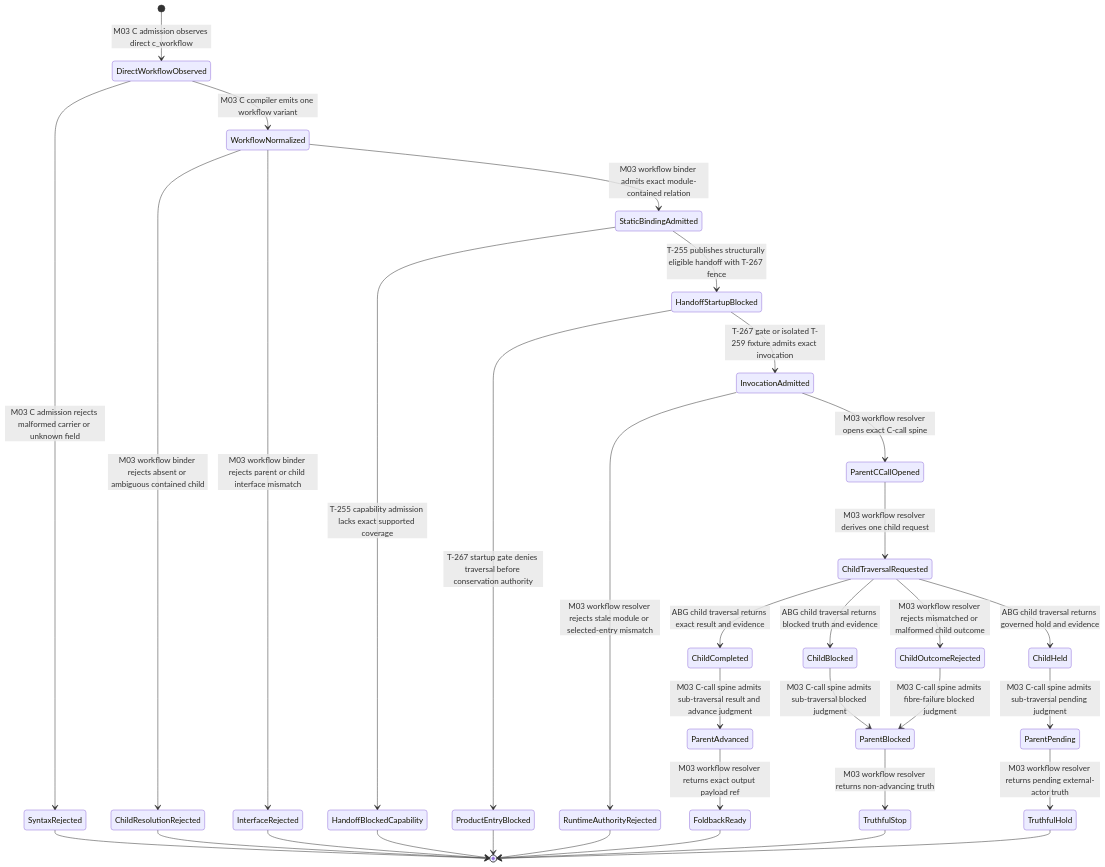
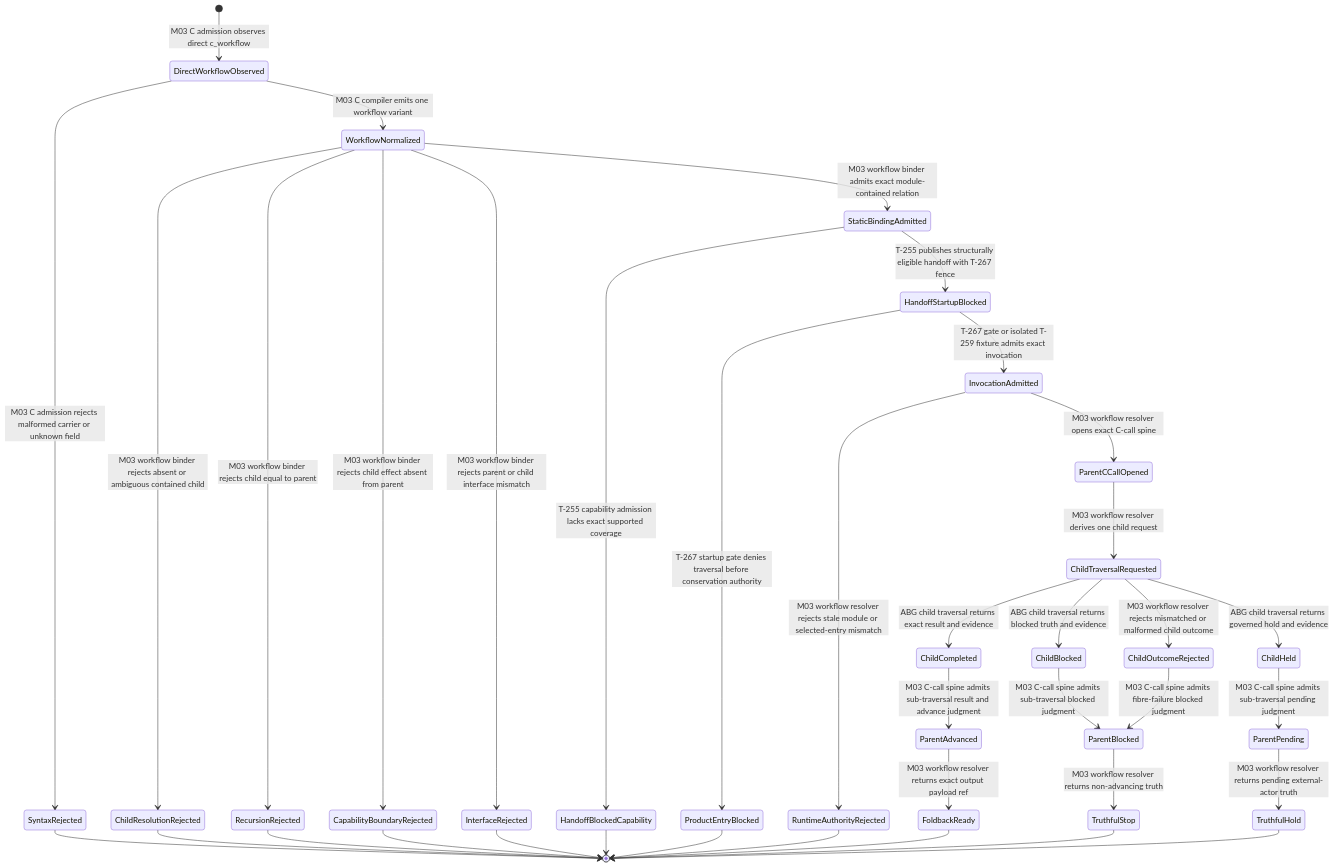
One commit to foolishimp/abiogenesis changed the third of 3 diagrams in build_tenants/abiogenesis/typescript/design/M03_WORKFLOW_C_RUNTIME_BEHAVIOR_DESIGN.md. Above: the diagram before and after it, drawn with Mermaid. The commit also changed other lines of this file and 30 other files, not shown here.

````diff
--- a/build_tenants/abiogenesis/typescript/design/M03_WORKFLOW_C_RUNTIME_BEHAVIOR_DESIGN.md
+++ b/build_tenants/abiogenesis/typescript/design/M03_WORKFLOW_C_RUNTIME_BEHAVIOR_DESIGN.md
@@ -413,36 +444,40 @@
 ```mermaid
 stateDiagram-v2
   [*] --> DirectWorkflowObserved: M03 C admission observes direct c_workflow
   DirectWorkflowObserved --> SyntaxRejected: M03 C admission rejects malformed carrier or unknown field
   DirectWorkflowObserved --> WorkflowNormalized: M03 C compiler emits one workflow variant
   WorkflowNormalized --> ChildResolutionRejected: M03 workflow binder rejects absent or ambiguous contained child
+  WorkflowNormalized --> RecursionRejected: M03 workflow binder rejects child equal to parent
+  WorkflowNormalized --> CapabilityBoundaryRejected: M03 workflow binder rejects child effect absent from parent
   WorkflowNormalized --> InterfaceRejected: M03 workflow binder rejects parent or child interface mismatch
   WorkflowNormalized --> StaticBindingAdmitted: M03 workflow binder admits exact module-contained relation
   StaticBindingAdmitted --> HandoffBlockedCapability: T-255 capability admission lacks exact supported coverage
   StaticBindingAdmitted --> HandoffStartupBlocked: T-255 publishes structurally eligible handoff with T-267 fence
   HandoffStartupBlocked --> ProductEntryBlocked: T-267 startup gate denies traversal before conservation authority
   HandoffStartupBlocked --> InvocationAdmitted: T-267 gate or isolated T-259 fixture admits exact invocation
   InvocationAdmitted --> RuntimeAuthorityRejected: M03 workflow resolver rejects stale module or selected-entry mismatch
   InvocationAdmitted --> ParentCCallOpened: M03 workflow resolver opens exact C-call spine
   ParentCCallOpened --> ChildTraversalRequested: M03 workflow resolver derives one child request
   ChildTraversalRequested --> ChildCompleted: ABG child traversal returns exact result and evidence
   ChildTraversalRequested --> ChildBlocked: ABG child traversal returns blocked truth and evidence
   ChildTraversalRequested --> ChildHeld: ABG child traversal returns governed hold and evidence
   ChildTraversalRequested --> ChildOutcomeRejected: M03 workflow resolver rejects mismatched or malformed child outcome
   ChildCompleted --> ParentAdvanced: M03 C-call spine admits sub-traversal result and advance judgment
   ChildBlocked --> ParentBlocked: M03 C-call spine admits sub-traversal blocked judgment
   ChildHeld --> ParentPending: M03 C-call spine admits sub-traversal pending judgment
   ChildOutcomeRejected --> ParentBlocked: M03 C-call spine admits fibre-failure blocked judgment
   ParentAdvanced --> FoldbackReady: M03 workflow resolver returns exact output payload ref
   ParentBlocked --> TruthfulStop: M03 workflow resolver returns non-advancing truth
   ParentPending --> TruthfulHold: M03 workflow resolver returns pending external-actor truth
   SyntaxRejected --> [*]
   ChildResolutionRejected --> [*]
+  RecursionRejected --> [*]
+  CapabilityBoundaryRejected --> [*]
   InterfaceRejected --> [*]
   HandoffBlockedCapability --> [*]
   ProductEntryBlocked --> [*]
   RuntimeAuthorityRejected --> [*]
   FoldbackReady --> [*]
   TruthfulStop --> [*]
   TruthfulHold --> [*]
 ```
````
